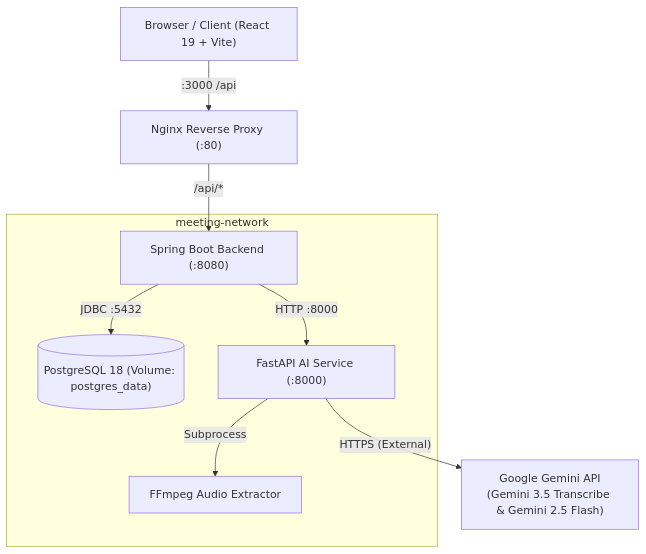
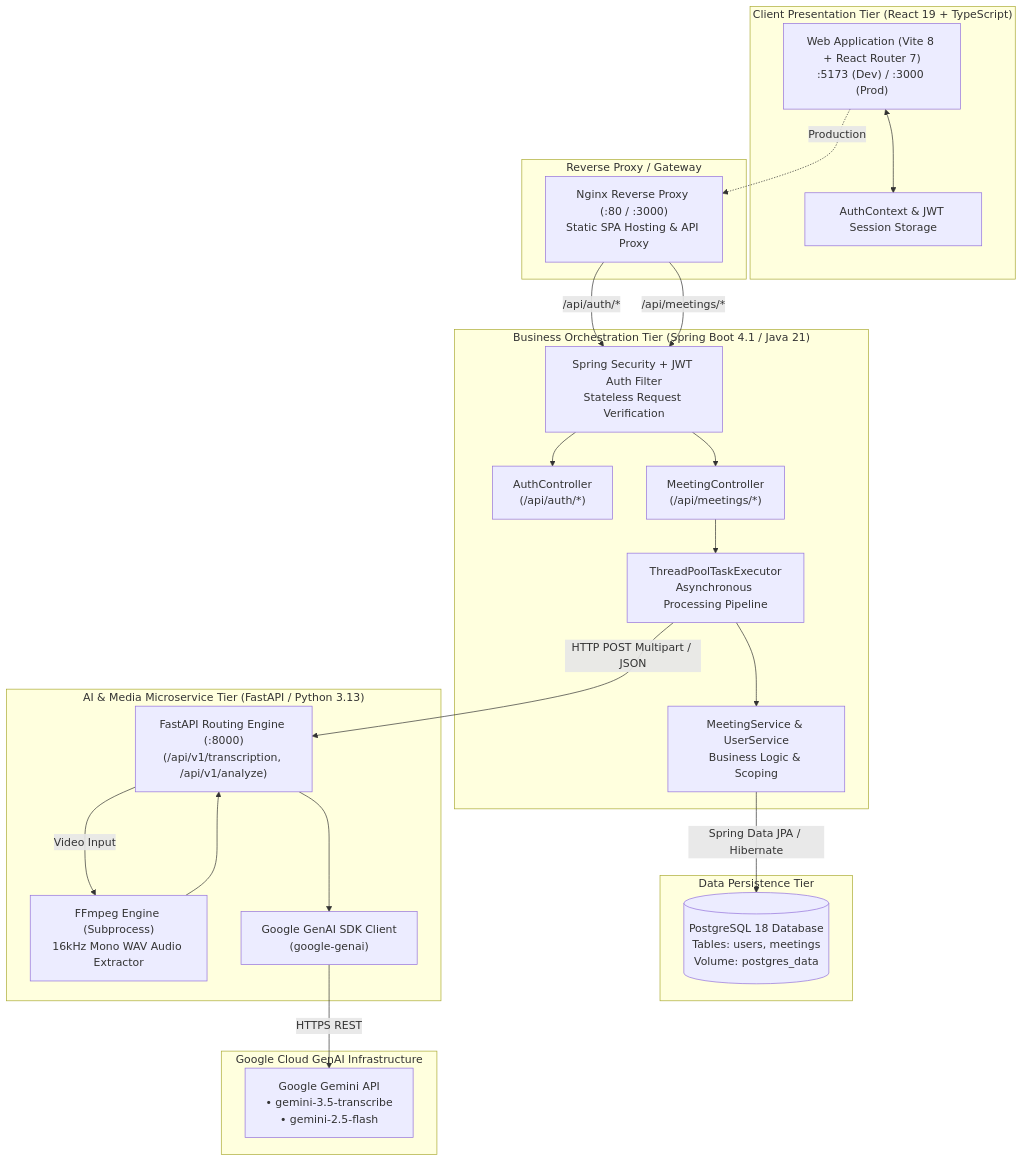
One commit to kanhaiya28pandey/AI-Meeting-Summarizer changed the diagram in README.md. Above: the diagram before and after it, drawn with Mermaid. The commit also changed other lines of this file and 23 other files, not shown here.

Commit message:
clean up project assets, update architecture docs, add testing guide, and improve responsive layout

````diff
--- a/README.md
+++ b/README.md
@@ -60,13 +81,50 @@
 ```mermaid
 flowchart TD
-    Client["Browser / Client (React 19 + Vite)"] -->|":3000 /api"| Nginx["Nginx Reverse Proxy (:80)"]
-    Nginx -->|"/api/*"| SpringBoot["Spring Boot Backend (:8080)"]
-    
-    subgraph Internal Network [meeting-network]
-        SpringBoot -->|"JDBC :5432"| Postgres[("PostgreSQL 18 (Volume: postgres_data)")]
-        SpringBoot -->|"HTTP :8000"| FastAPI["FastAPI AI Service (:8000)"]
-        FastAPI -->|"Subprocess"| FFmpeg["FFmpeg Audio Extractor"]
+    subgraph ClientLayer ["Client Presentation Tier (React 19 + TypeScript)"]
+        UI["Web Application (Vite 8 + React Router 7)\n:5173 (Dev) / :3000 (Prod)"]
+        AuthCtx["AuthContext & JWT Session Storage"]
+        UI <--> AuthCtx
     end
-    
-    FastAPI -->|"HTTPS (External)"| Gemini["Google Gemini API\n(Gemini 3.5 Transcribe & Gemini 2.5 Flash)"]
+
+    subgraph Gateway ["Reverse Proxy / Gateway"]
+        Nginx["Nginx Reverse Proxy (:80 / :3000)\nStatic SPA Hosting & API Proxy"]
+        UI -.->|Production| Nginx
+    end
+
+    subgraph BackendTier ["Business Orchestration Tier (Spring Boot 4.1 / Java 21)"]
+        Security["Spring Security + JWT Auth Filter\nStateless Request Verification"]
+        AuthController["AuthController\n(/api/auth/*)"]
+        MeetingController["MeetingController\n(/api/meetings/*)"]
+        AsyncEngine["ThreadPoolTaskExecutor\nAsynchronous Processing Pipeline"]
+        MeetingService["MeetingService & UserService\nBusiness Logic & Scoping"]
+        
+        Security --> AuthController
+        Security --> MeetingController
+        MeetingController --> AsyncEngine
+        AsyncEngine --> MeetingService
+    end
+
+    subgraph StorageTier ["Data Persistence Tier"]
+        Postgres[("PostgreSQL 18 Database\nTables: users, meetings\nVolume: postgres_data")]
+        MeetingService -->|Spring Data JPA / Hibernate| Postgres
+    end
+
+    subgraph AIServiceTier ["AI & Media Microservice Tier (FastAPI / Python 3.13)"]
+        FastAPIRouter["FastAPI Routing Engine (:8000)\n(/api/v1/transcription, /api/v1/analyze)"]
+        FFmpegEngine["FFmpeg Engine (Subprocess)\n16kHz Mono WAV Audio Extractor"]
+        GeminiClient["Google GenAI SDK Client\n(google-genai)"]
+
+        AsyncEngine -->|HTTP POST Multipart / JSON| FastAPIRouter
+        FastAPIRouter -->|Video Input| FFmpegEngine
+        FFmpegEngine --> FastAPIRouter
+        FastAPIRouter --> GeminiClient
+    end
+
+    subgraph CloudAI ["Google Cloud GenAI Infrastructure"]
+        GeminiModel["Google Gemini API\n• gemini-3.5-transcribe\n• gemini-2.5-flash"]
+        GeminiClient -->|HTTPS REST| GeminiModel
+    end
+
+    Nginx -->|"/api/auth/*"| Security
+    Nginx -->|"/api/meetings/*"| Security
 ```
````
